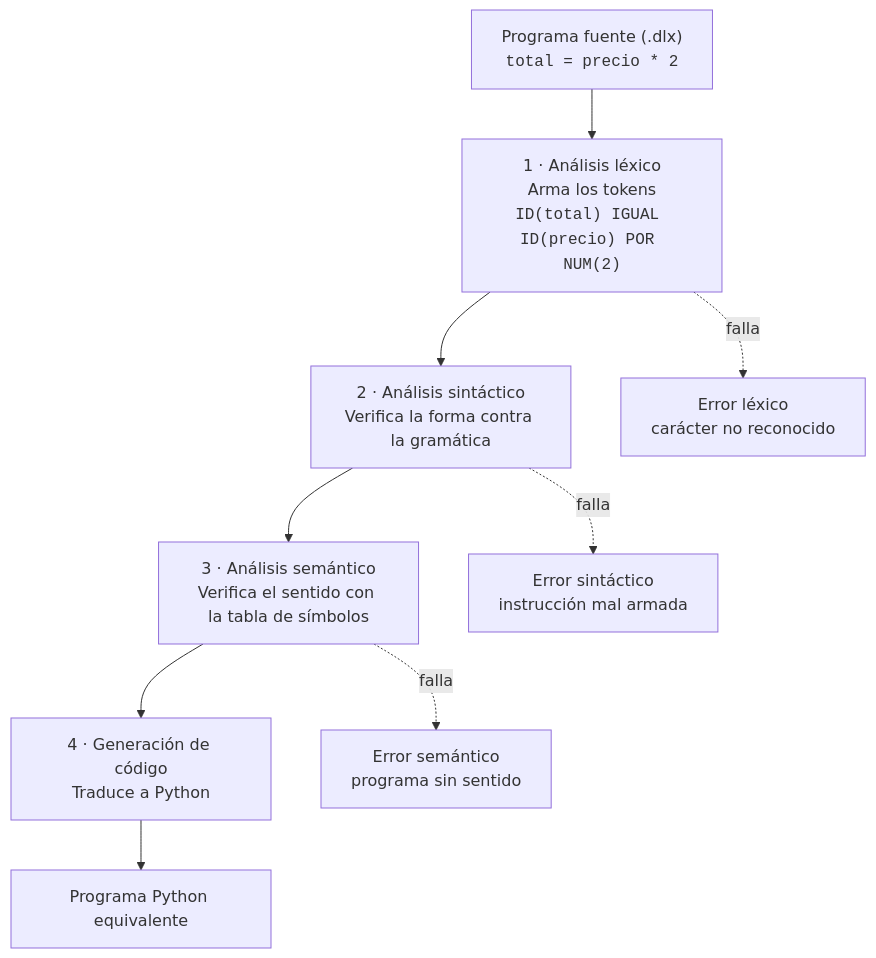
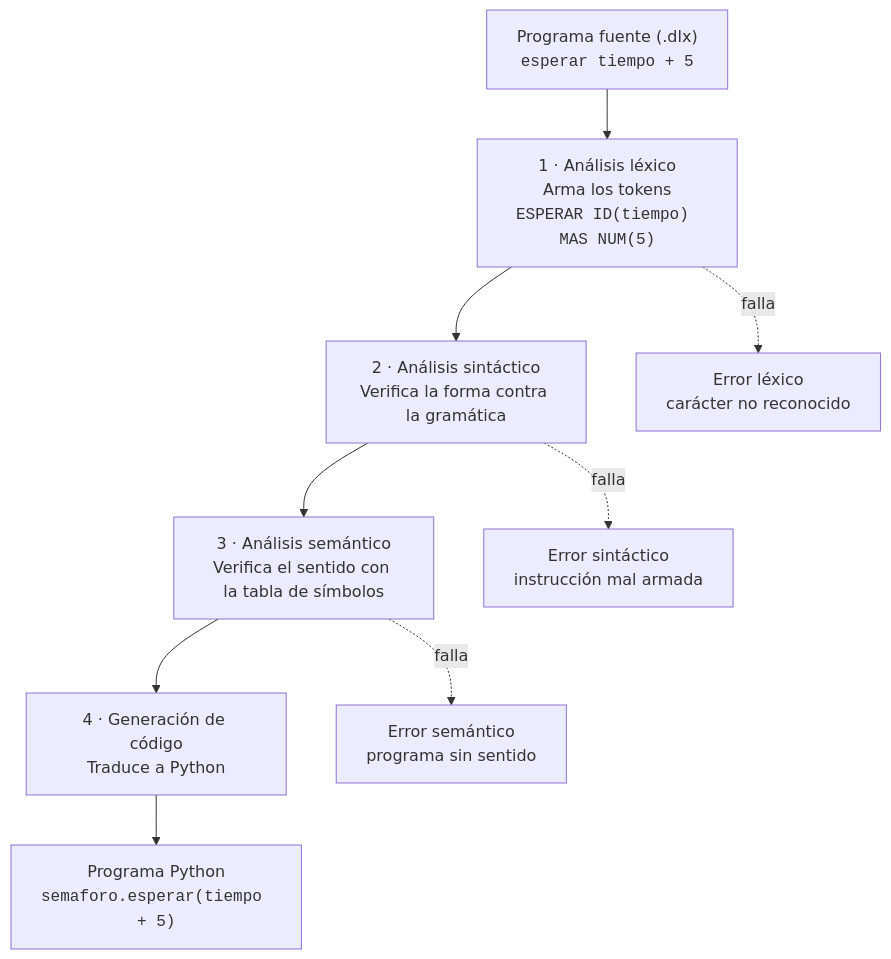
The second of 2 diagrams in README.md (Bello2005/Delux-Compilador-Semaforo), drawn with Mermaid before and after one commit. The commit also changed other lines of this file and 1 other file, not shown here.

````diff
--- a/README.md
+++ b/README.md
@@ -224,13 +292,13 @@
 ```mermaid
 flowchart TD
-    A["Programa fuente (.dlx)<br/><code>total = precio * 2</code>"] --> B
-    B["1 · Análisis léxico<br/>Arma los tokens<br/><code>ID(total) IGUAL ID(precio) POR NUM(2)</code>"] --> C
+    A["Programa fuente (.dlx)<br/><code>esperar tiempo + 5</code>"] --> B
+    B["1 · Análisis léxico<br/>Arma los tokens<br/><code>ESPERAR ID(tiempo) MAS NUM(5)</code>"] --> C
     C["2 · Análisis sintáctico<br/>Verifica la forma contra la gramática"] --> D
     D["3 · Análisis semántico<br/>Verifica el sentido con la tabla de símbolos"] --> E
     E["4 · Generación de código<br/>Traduce a Python"] --> F
-    F["Programa Python equivalente"]
+    F["Programa Python<br/><code>semaforo.esperar(tiempo + 5)</code>"]
 
     B -. falla .-> EB["Error léxico<br/>carácter no reconocido"]
     C -. falla .-> EC["Error sintáctico<br/>instrucción mal armada"]
     D -. falla .-> ED["Error semántico<br/>programa sin sentido"]
 ```
````
